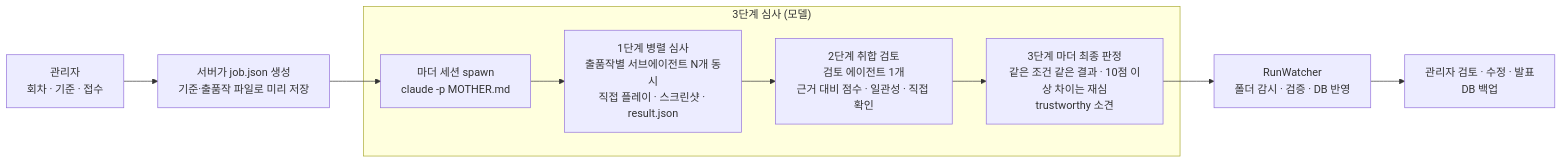
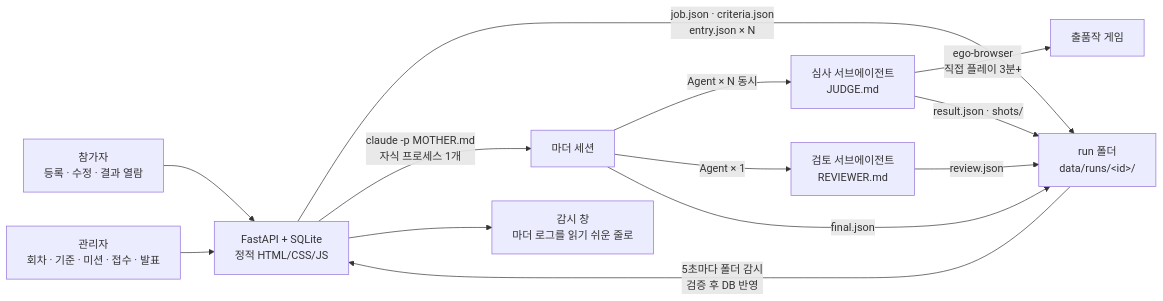
One commit to Azmo-Shin/Public_Portfolio changed the first of 3 diagrams in 10_ai_judging_multiagent_site/README.md. Above: the diagram before and after it, drawn with Mermaid. The commit also changed other lines of this file, not shown here.

Commit message:
10 멀티에이전트 AI 심사: 설계 결정·시스템 도식·3단계 시퀀스·페르소나 3종·플레이 절차·채점 기준표·미션 목록·블라인드 재심사 실험·검증과 한계 추가

````diff
--- a/10_ai_judging_multiagent_site/README.md
+++ b/10_ai_judging_multiagent_site/README.md
@@ -29,12 +44,15 @@
 ```mermaid
 flowchart LR
-  A["관리자<br/>회차 · 기준 · 접수"] --> B["서버가 job.json 생성<br/>기준·출품작 파일로 미리 저장"]
-  B --> C["마더 세션 spawn<br/>claude -p MOTHER.md"]
-  subgraph 심사["3단계 심사 (모델)"]
-    C --> D["1단계 병렬 심사<br/>출품작별 서브에이전트 N개 동시<br/>직접 플레이 · 스크린샷 · result.json"]
-    D --> E["2단계 취합 검토<br/>검토 에이전트 1개<br/>근거 대비 점수 · 일관성 · 직접 확인"]
-    E --> F["3단계 마더 최종 판정<br/>같은 조건 같은 결과 · 10점 이상 차이는 재심<br/>trustworthy 소견"]
-  end
-  F --> G["RunWatcher<br/>폴더 감시 · 검증 · DB 반영"]
-  G --> H["관리자 검토 · 수정 · 발표<br/>DB 백업"]
+  P["참가자<br/>등록 · 수정 · 결과 열람"] --> S
+  M["관리자<br/>회차 · 기준 · 미션 · 접수 · 발표"] --> S["FastAPI + SQLite<br/>정적 HTML/CSS/JS"]
+  S -- "job.json · criteria.json<br/>entry.json × N" --> R["run 폴더<br/>data/runs/&lt;id&gt;/"]
+  S -- "claude -p MOTHER.md<br/>자식 프로세스 1개" --> MO["마더 세션"]
+  MO -- "Agent × N 동시" --> J["심사 서브에이전트<br/>JUDGE.md"]
+  J -- "ego-browser<br/>직접 플레이 3분+" --> G["출품작 게임"]
+  J -- "result.json · shots/" --> R
+  MO -- "Agent × 1" --> RV["검토 서브에이전트<br/>REVIEWER.md"]
+  RV -- "review.json" --> R
+  MO -- "final.json" --> R
+  R -- "5초마다 폴더 감시<br/>검증 후 DB 반영" --> S
+  S --> W["감시 창<br/>마더 로그를 읽기 쉬운 줄로"]
 ```
````
